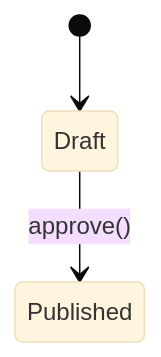
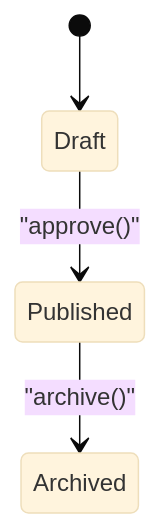
Before and after one commit to azhao1981/myClaude: the second of 2 diagrams in skills/technical-analysis/SKILL.md, drawn with Mermaid (base theme). The commit also changed other lines of this file, not shown here.

````diff
--- a/skills/technical-analysis/SKILL.md
+++ b/skills/technical-analysis/SKILL.md
@@ -54,6 +73,7 @@
-  ```mermaid
-  stateDiagram-v2
-    [*] --> Draft
-    Draft --> Published : approve()
+```mermaid
+stateDiagram-v2
+  [*] --> Draft
+  Draft --> Published : "approve()"
+  Published --> Archived : "archive()"
 
 ```
````
